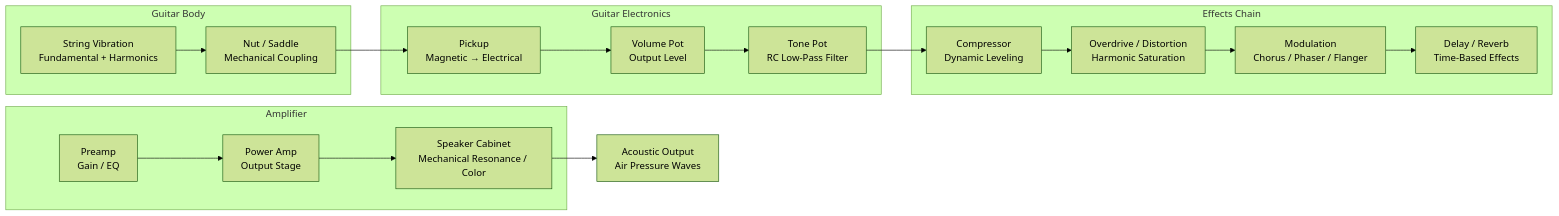
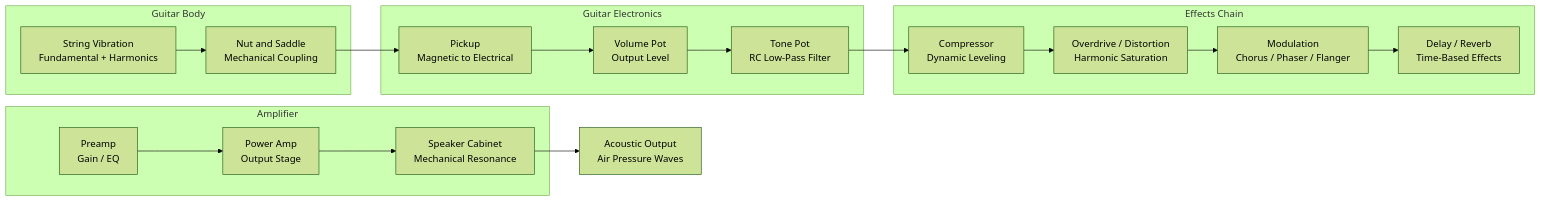
One commit to blebleblee/synapse changed the second of 3 diagrams in topics/arts/music_performance/electric_guitar/lesson_01_fretboard_navigation_and_caged_system.md. Above: the diagram before and after it, drawn with Mermaid (forest theme). The commit also changed other lines of this file and 3 other files, not shown here.

````diff
--- a/topics/arts/music_performance/electric_guitar/lesson_01_fretboard_navigation_and_caged_system.md
+++ b/topics/arts/music_performance/electric_guitar/lesson_01_fretboard_navigation_and_caged_system.md
@@ -708,34 +625,34 @@
 ```mermaid
 flowchart LR
     subgraph sub_guitar_body ["Guitar Body"]
         STR["String Vibration\nFundamental + Harmonics"]
-        NUT["Nut / Saddle\nMechanical Coupling"]
+        NUT["Nut and Saddle\nMechanical Coupling"]
         STR --> NUT
     end
 
     subgraph sub_electronics ["Guitar Electronics"]
-        PU["Pickup\nMagnetic → Electrical"]
+        PU["Pickup\nMagnetic to Electrical"]
         VOL["Volume Pot\nOutput Level"]
         TONE["Tone Pot\nRC Low-Pass Filter"]
         PU --> VOL --> TONE
     end
 
     subgraph sub_effects ["Effects Chain"]
         COMP["Compressor\nDynamic Leveling"]
         OD["Overdrive / Distortion\nHarmonic Saturation"]
         MOD["Modulation\nChorus / Phaser / Flanger"]
         DLY["Delay / Reverb\nTime-Based Effects"]
         COMP --> OD --> MOD --> DLY
     end
 
     subgraph sub_amplifier ["Amplifier"]
         PRE["Preamp\nGain / EQ"]
         PWR["Power Amp\nOutput Stage"]
-        SPK["Speaker Cabinet\nMechanical Resonance / Color"]
+        SPK["Speaker Cabinet\nMechanical Resonance"]
         PRE --> PWR --> SPK
     end
 
     NUT --> PU
     TONE --> COMP
     SPK --> AIR["Acoustic Output\nAir Pressure Waves"]
 ```
````
